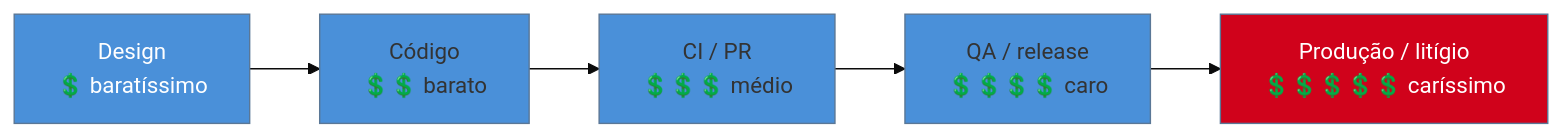
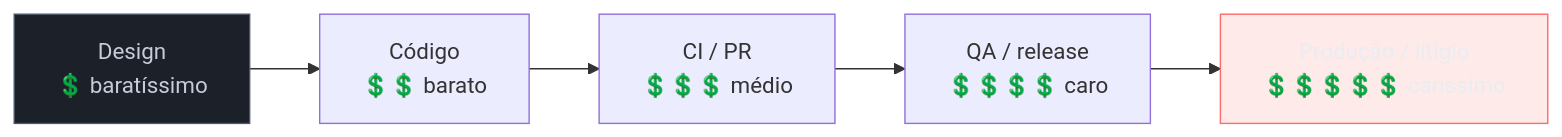
Before and after one commit to josenaldo/codex-technomanticus: the diagram in 03-Dominios/Tecnologia/Acessibilidade/Sustentar e Conformidade/17 - A11y no ciclo de desenvolvimento.md, drawn with Mermaid. The commit also changed 1181 other files, not shown here.

First line of the commit message:
fix(diagramas): paleta do sistema no lugar de cor cravada no markdown

````diff
--- a/03-Dominios/Tecnologia/Acessibilidade/Sustentar e Conformidade/17 - A11y no ciclo de desenvolvimento.md
+++ b/03-Dominios/Tecnologia/Acessibilidade/Sustentar e Conformidade/17 - A11y no ciclo de desenvolvimento.md
@@ -27,10 +27,11 @@
 ```mermaid
-%%{init: {"theme": "base", "themeVariables": {"primaryColor": "#4A90D9"}}}%%
 graph LR
+    classDef neutro fill:#1B2029,stroke:#4E5666,color:#C6CCD8
+    classDef falha fill:#FF6B6B24,stroke:#FF6B6B,color:#E9ECF2
     D["Design<br/>💲 baratíssimo"] --> C["Código<br/>💲💲 barato"]
     C --> CI["CI / PR<br/>💲💲💲 médio"]
     CI --> Q["QA / release<br/>💲💲💲💲 caro"]
     Q --> P["Produção / litígio<br/>💲💲💲💲💲 caríssimo"]
-    style D fill:#4A90D9,color:#fff
-    style P fill:#D0021B,color:#fff
+    class D neutro
+    class P falha
 ```
````
